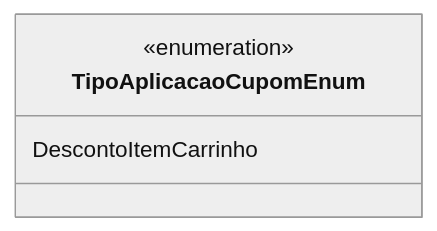
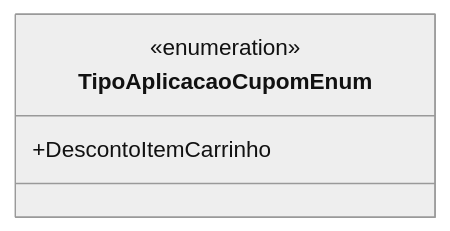
Before and after one commit to IsthmusSistemas/documentacao-tecnica: the diagram in docs/b2b-dominio/IsthmusWinthor.Nucleo/IsthmusWinthor.Dominio/Enumeradores/TipoAplicacaoCupomEnum.md, drawn with Mermaid (neutral theme). The commit also changed other lines of this file and 882 other files, not shown here.

````diff
--- a/docs/b2b-dominio/IsthmusWinthor.Nucleo/IsthmusWinthor.Dominio/Enumeradores/TipoAplicacaoCupomEnum.md
+++ b/docs/b2b-dominio/IsthmusWinthor.Nucleo/IsthmusWinthor.Dominio/Enumeradores/TipoAplicacaoCupomEnum.md
@@ -11,7 +14,7 @@
 ```mermaid
 classDiagram
     class TipoAplicacaoCupomEnum {
         <<enumeration>>
-        DescontoItemCarrinho
+        +DescontoItemCarrinho
     }
 ```
````
